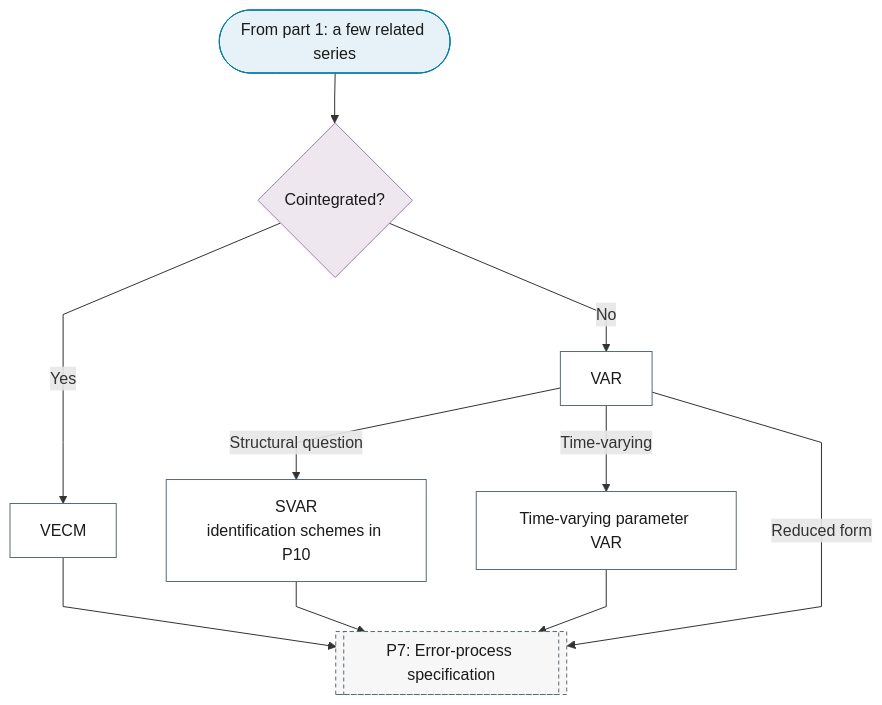
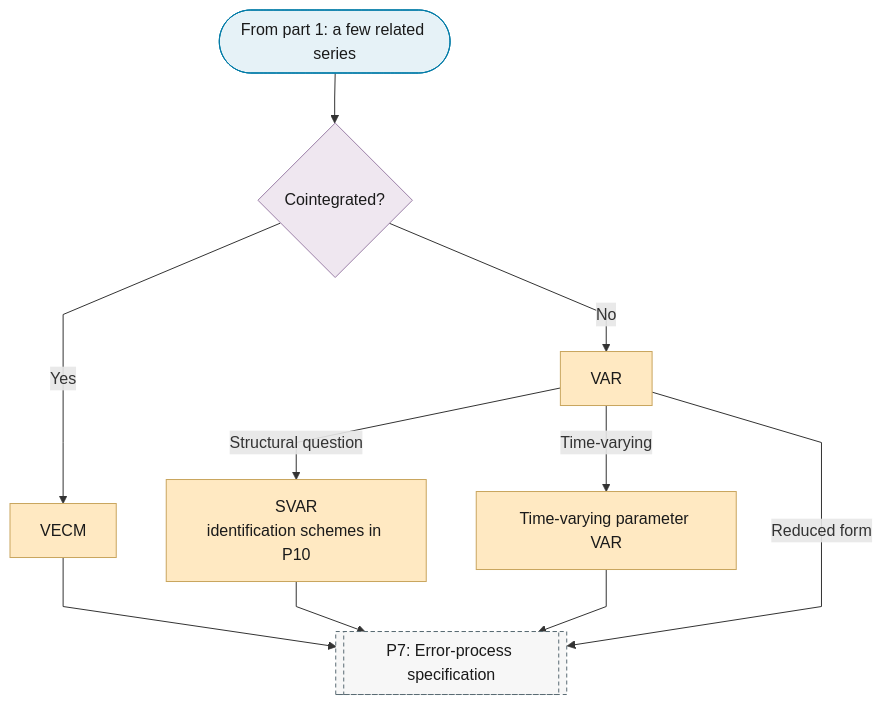
Before and after one commit to Shuxin-Y/time-series-analysis-manual: the second of 10 diagrams in docs/01-workflow/p06-mean-model-class.md, drawn with Mermaid. The commit also changed other lines of this file and 1 other file, not shown here.

First line of the commit message:
style(flowchart): P6 model and P8 estimator leaves keep the escalate outcome class

````diff
--- a/docs/01-workflow/p06-mean-model-class.md
+++ b/docs/01-workflow/p06-mean-model-class.md
@@ -44,23 +45,23 @@
 ```mermaid
 %%{init: {"flowchart": {"curve": "linear"}}}%%
 graph TD
     P6_PART_2_IN(["From part 1: a few related series"]) --> P6_COINTEGRATED{"Cointegrated?"}
     P6_COINTEGRATED -->|"Yes"| P6_VECM["VECM"]
     P6_COINTEGRATED -->|"No"| P6_VAR["VAR"]
     P6_VAR -->|"Structural question"| P6_SVAR["SVAR<br/>identification schemes in P10"]
     P6_VAR -->|"Time-varying"| P6_TVP_VAR["Time-varying parameter VAR"]
     P6_VAR -->|"Reduced form"| P7
     P6_VECM & P6_SVAR & P6_TVP_VAR --> P7[["P7: Error-process specification"]]
+    class P6_VECM,P6_VAR,P6_SVAR,P6_TVP_VAR escalate
     class P6_PART_2_IN terminator
     class P6_COINTEGRATED decision
-    class P6_VECM,P6_VAR,P6_SVAR,P6_TVP_VAR process
     class P7 ref
     classDef terminator fill:#E6F2F7,stroke:#007BA7,color:#1A1A1A;
     classDef process fill:#FFFFFF,stroke:#5A6B73,color:#1A1A1A;
     classDef decision fill:#EFE7F0,stroke:#9B7FA7,color:#1A1A1A;
     classDef data fill:#FFF4E0,stroke:#C9A55E,color:#1A1A1A;
     classDef good fill:#DCEFD8,stroke:#4A7A3F,color:#1A1A1A;
     classDef escalate fill:#FFE9C2,stroke:#C9A55E,color:#1A1A1A;
     classDef problem fill:#F2D9DE,stroke:#800020,color:#1A1A1A;
     classDef ref fill:#F7F7F7,stroke:#5A6B73,color:#1A1A1A,stroke-dasharray:4 3;
 ```
````
